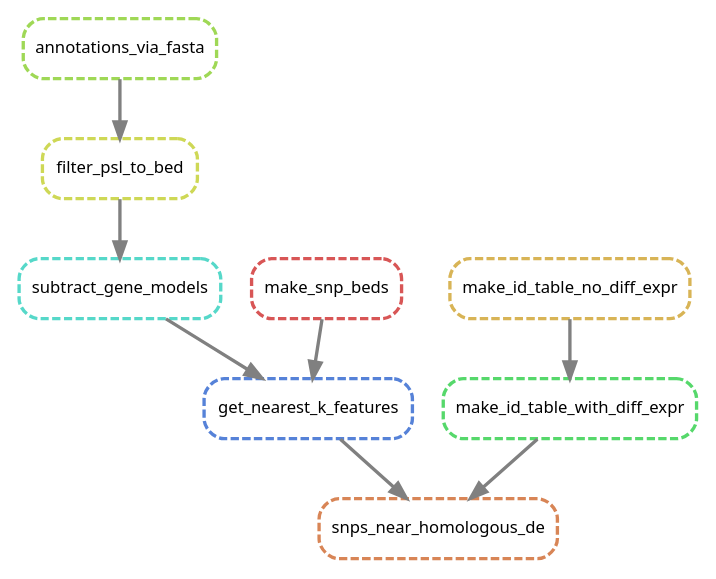
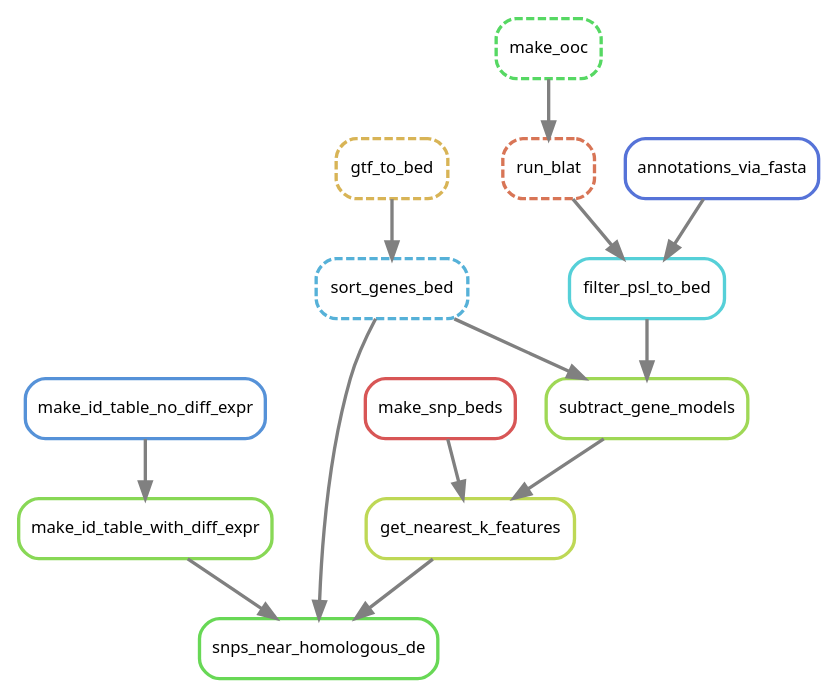
The diagram in dag.all.dot (xguse/gmm-to-gff-transcripts-vs-snps), drawn with Graphviz before and after one commit. The commit also changed 1 other file, not shown here.

Commit message:
generated and edited new dag.all.dot and prep

```diff
--- a/dag.all.dot
+++ b/dag.all.dot
@@ -1,35 +1,48 @@
 digraph snakemake_dag {
     graph[bgcolor=white, margin=0];
     node[shape=box, style=rounded, fontname=sans,                 fontsize=10, penwidth=2];
     edge[penwidth=2, color=grey];
-	0[label = "annotations_via_fasta", color = "0.24 0.6 0.85", style="rounded,dashed"];
-	1[label = "make_id_table_no_diff_expr", color = "0.12 0.6 0.85", style="rounded,dashed"];
-	2[label = "get_nearest_k_features", color = "0.61 0.6 0.85", style="rounded,dashed"];
-	3[label = "snps_near_homologous_de", color = "0.06 0.6 0.85", style="rounded,dashed"];
-	/*4[label = "save_run_config", color = "0.55 0.6 0.85", style="rounded,dashed"];*/
-	5[label = "make_id_table_with_diff_expr", color = "0.36 0.6 0.85", style="rounded,dashed"];
-	6[label = "make_snp_beds", color = "0.00 0.6 0.85", style="rounded,dashed"];
-	/*7[label = "sort_bed_files", color = "0.30 0.6 0.85", style="rounded,dashed"];*/
-	8[label = "subtract_gene_models", color = "0.48 0.6 0.85", style="rounded,dashed"];
-	9[label = "filter_psl_to_bed", color = "0.18 0.6 0.85", style="rounded,dashed"];
-	/*10[label = "all", color = "0.42 0.6 0.85", style="rounded,dashed"];*/
-	6 -> 2
-	8 -> 2
-	2 -> 3
-	5 -> 3
-	1 -> 5
-	/*6 -> 7
-	8 -> 7*/
-	9 -> 8
-	0 -> 9
-	/*0 -> 10
-	1 -> 10
-	2 -> 10
-	3 -> 10
-	4 -> 10
-	5 -> 10
-	6 -> 10
-	8 -> 10
-	7 -> 10
-	9 -> 10*/
+	0[label = "make_id_table_no_diff_expr", color = "0.59 0.6 0.85", style="rounded"];
+	1[label = "subtract_gene_models", color = "0.24 0.6 0.85", style="rounded"];
+	/*2[label = "save_run_config", color = "0.16 0.6 0.85", style="rounded,dashed"];*/
+	3[label = "get_nearest_k_features", color = "0.20 0.6 0.85", style="rounded"];
+	4[label = "sort_genes_bed", color = "0.55 0.6 0.85", style="rounded,dashed"];
+	5[label = "run_blat", color = "0.04 0.6 0.85", style="rounded,dashed"];
+	/*6[label = "all", color = "0.43 0.6 0.85", style="rounded"];*/
+	7[label = "make_snp_beds", color = "0.00 0.6 0.85", style="rounded"];
+	8[label = "snps_near_homologous_de", color = "0.31 0.6 0.85", style="rounded"];
+	9[label = "annotations_via_fasta", color = "0.63 0.6 0.85", style="rounded"];
+	/*10[label = "sort_bed_files", color = "0.08 0.6 0.85", style="rounded"];*/
+	11[label = "gtf_to_bed", color = "0.12 0.6 0.85", style="rounded,dashed"];
+	12[label = "make_id_table_with_diff_expr", color = "0.27 0.6 0.85", style="rounded"];
+	13[label = "filter_psl_to_bed", color = "0.51 0.6 0.85", style="rounded"];
+	14[label = "make_ooc", color = "0.35 0.6 0.85", style="rounded,dashed"];
+	4 -> 1
+	13 -> 1
+	1 -> 3
+	7 -> 3
+	11 -> 4
+	14 -> 5
+	/*0 -> 6
+	1 -> 6
+	2 -> 6
+	3 -> 6
+	4 -> 6
+	5 -> 6
+	7 -> 6
+	8 -> 6
+	13 -> 6
+	10 -> 6
+	11 -> 6
+	12 -> 6
+	9 -> 6
+	14 -> 6*/
+	4 -> 8
+	12 -> 8
+	3 -> 8
+	/*1 -> 10
+	7 -> 10*/
+	0 -> 12
+	5 -> 13
+	9 -> 13
 }
```
